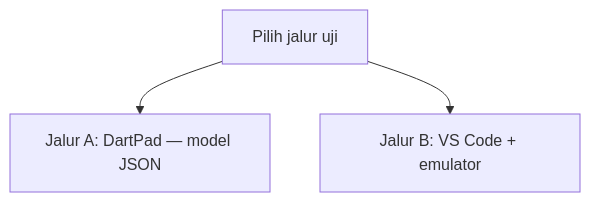
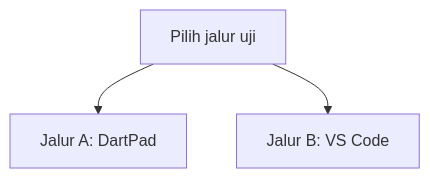
Before and after one commit to antonprafanto/mobile2026: the first of 7 diagrams in modul-05-data-lokal/README.md, drawn with Mermaid. The commit also changed other lines of this file and 1 other file, not shown here.

Commit message:
Shorten Modul 05 mermaid labels so GitHub no longer truncates JSON into JS.

````diff
--- a/modul-05-data-lokal/README.md
+++ b/modul-05-data-lokal/README.md
@@ -20,6 +20,6 @@
 ```mermaid
 flowchart TB
   Pilih["Pilih jalur uji"]
-  Pilih --> A["Jalur A: DartPad — model JSON"]
-  Pilih --> B["Jalur B: VS Code + emulator"]
+  Pilih --> A["Jalur A: DartPad"]
+  Pilih --> B["Jalur B: VS Code"]
 ```
````
